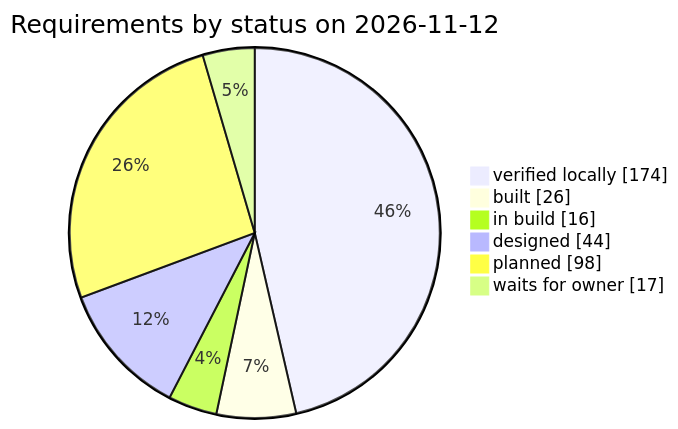
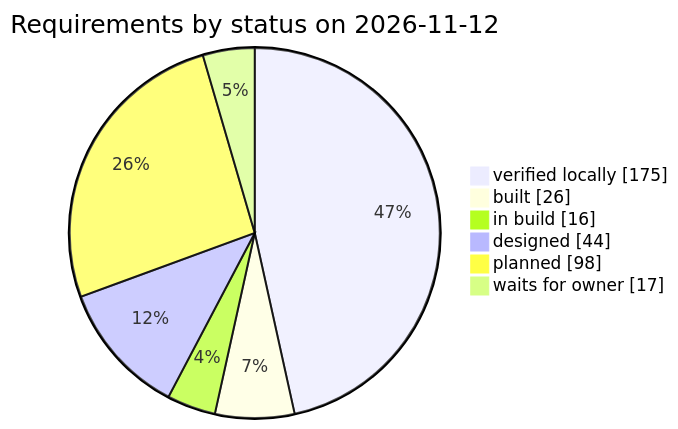
Before and after one commit to qa-io-vn/fnb-manager: the third of 3 diagrams in docs/requirements.md, drawn with Mermaid. The commit also changed other lines of this file and 27 other files, not shown here.

````diff
--- a/docs/requirements.md
+++ b/docs/requirements.md
@@ -981,10 +982,10 @@
 ```mermaid
 pie showData
     title Requirements by status on 2026-11-12
-    "verified locally" : 174
+    "verified locally" : 175
     "built" : 26
     "in build" : 16
     "designed" : 44
     "planned" : 98
     "waits for owner" : 17
 ```
````
